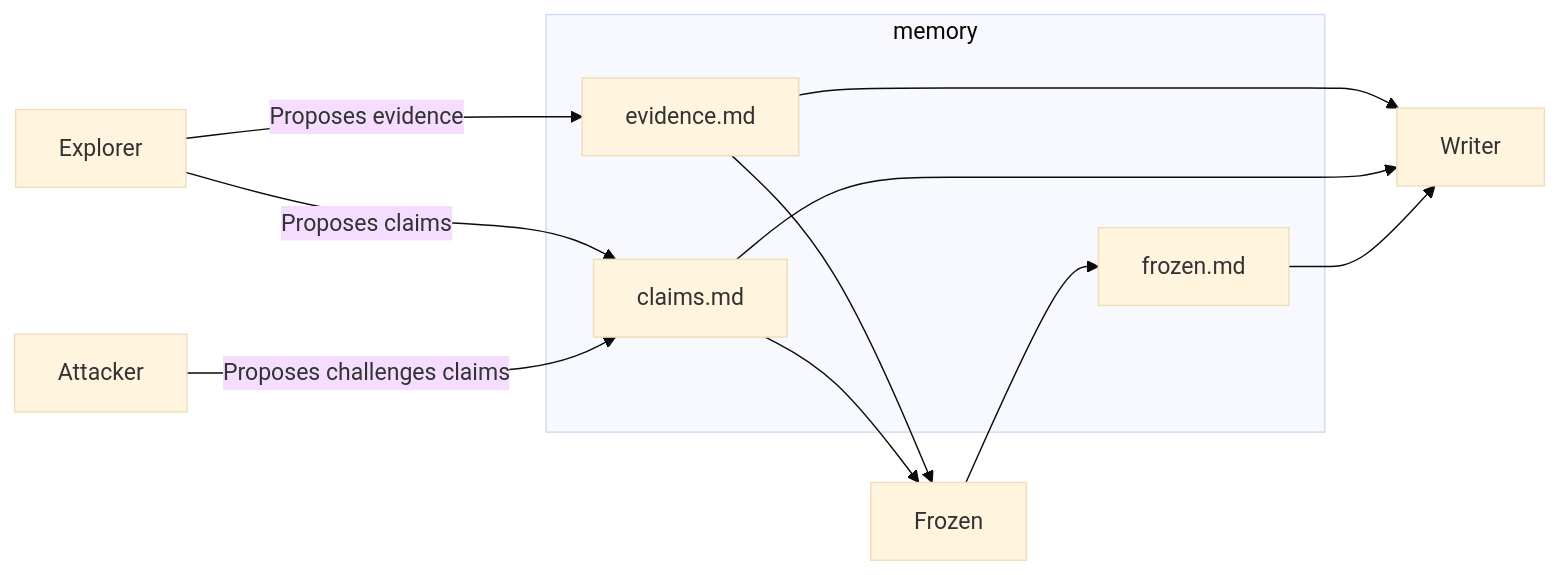
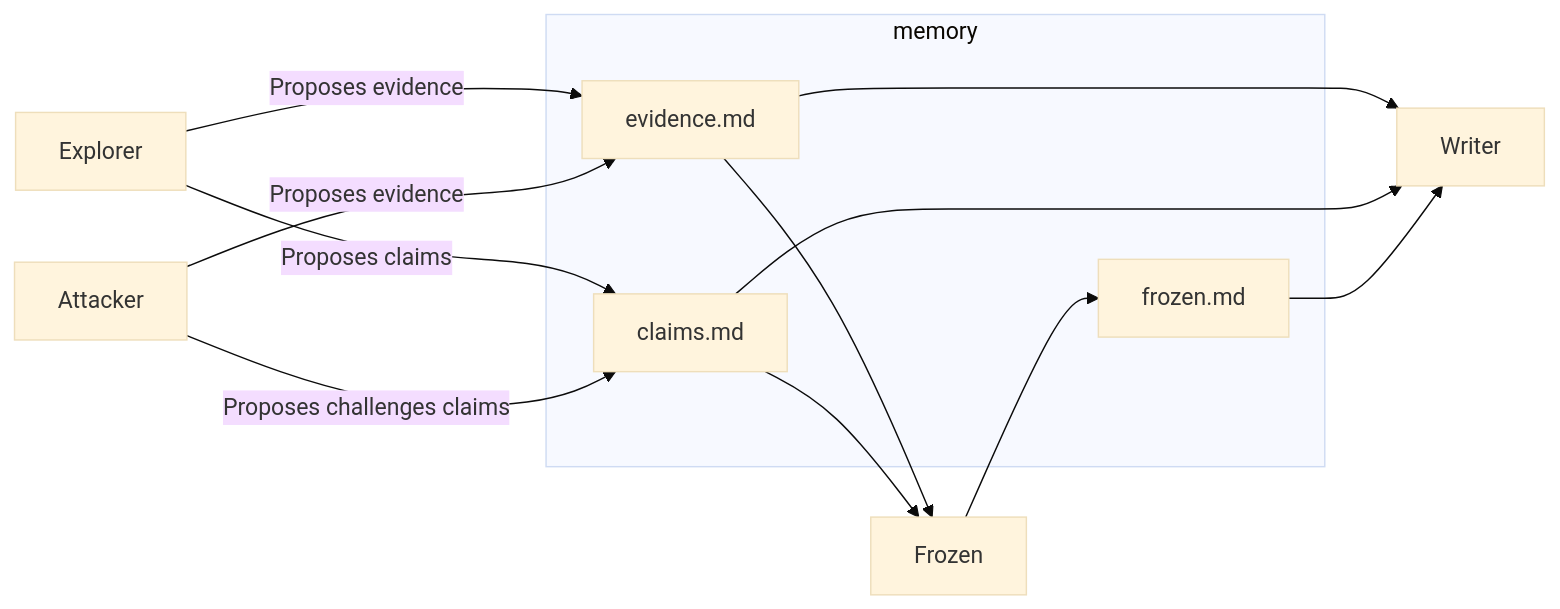
Before and after one commit to avengerandy/Claim: the first of 2 diagrams in README.md, drawn with Mermaid (base theme). The commit also changed other lines of this file and 14 other files, not shown here.

````diff
--- a/README.md
+++ b/README.md
@@ -34,19 +34,20 @@
 ```mermaid
 graph LR
     subgraph memory
         B[evidence.md]
         C[claims.md]
         H[frozen.md]
     end
     A[Explorer] -->|Proposes evidence| B
     A -->|Proposes claims| C
     D[Attacker] -->|Proposes challenges claims| C
+    D[Attacker] -->|Proposes evidence| B
 
     B --> E[Frozen]
     C --> E
     E --> H
 
     B --> F[Writer]
     C --> F
     H --> F
 ```
````
